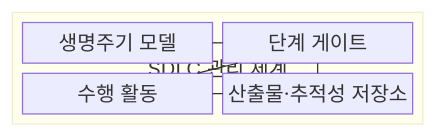
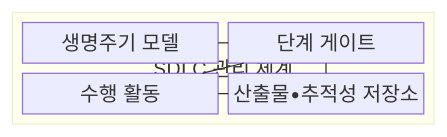
Before and after one commit to agnusdei1207/knowledge-base: the first of 2 diagrams in src/content/docs/notes/03-software/030_software_development_lifecycle.md, drawn with Mermaid. The commit also changed other lines of this file and 953 other files, not shown here.

````diff
--- a/src/content/docs/notes/03-software/030_software_development_lifecycle.md
+++ b/src/content/docs/notes/03-software/030_software_development_lifecycle.md
@@ -67,15 +67,15 @@
 ```mermaid
 block
     columns 1
     block:SDLC["SDLC 관리 체계"]
         columns 2
         M["생명주기 모델"]
         G["단계 게이트"]
         A["수행 활동"]
-        R["산출물·추적성 저장소"]
+        R["산출물•추적성 저장소"]
     end
     M --- G
     G --- A
     A --- R
     R --- G
 ```
````
